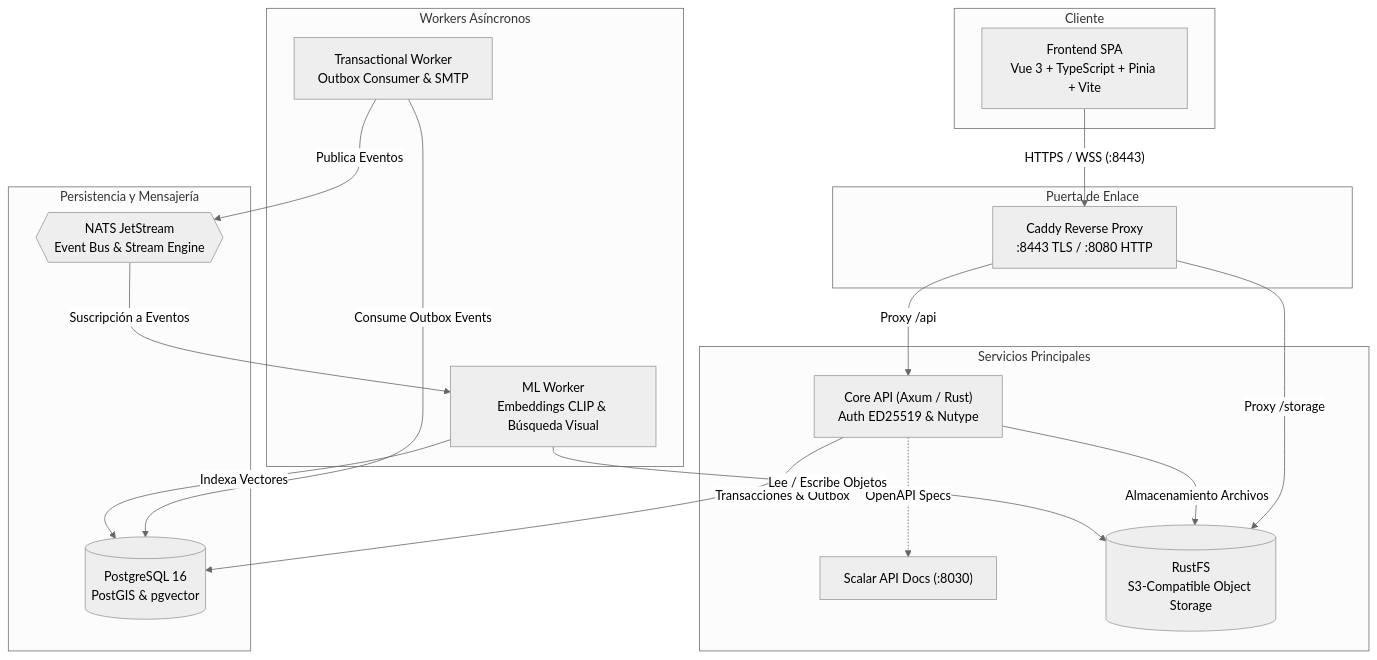
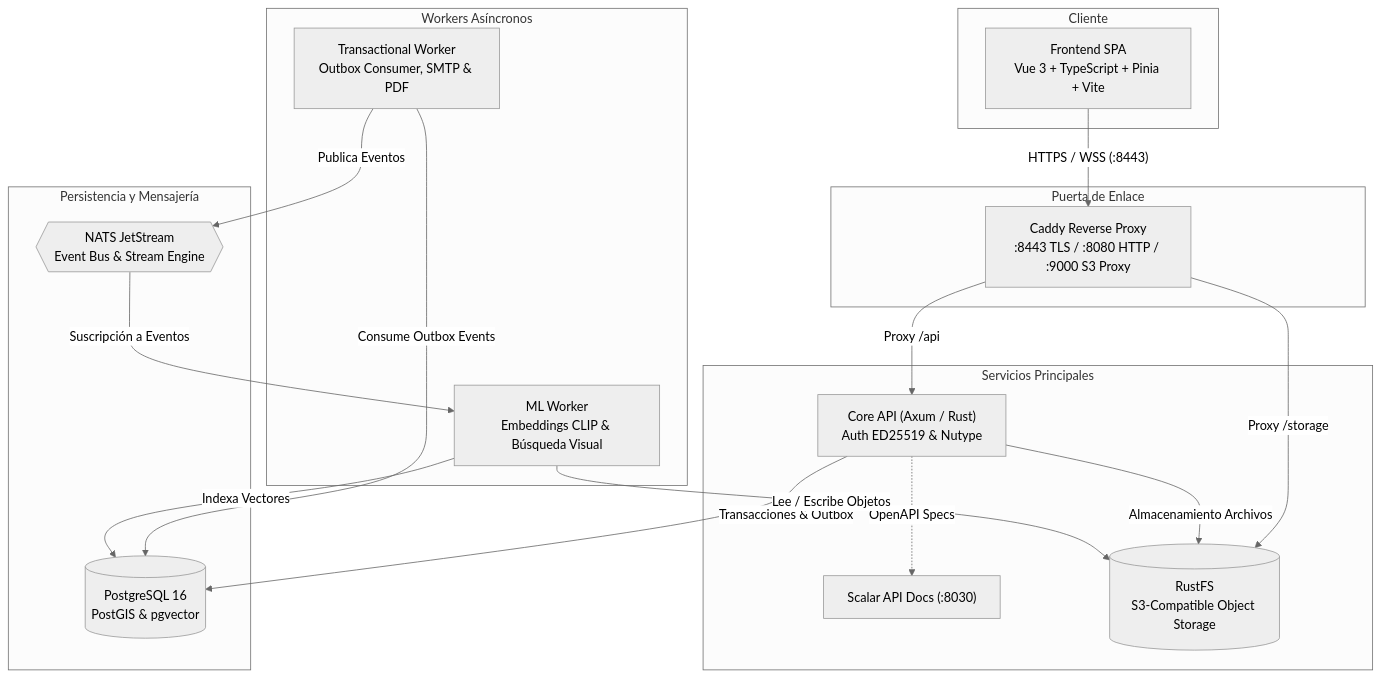
One commit to vect-maker/bytes-volcanicos-hackaton changed the diagram in README.md. Above: the diagram before and after it, drawn with Mermaid (neutral theme). The commit also changed other lines of this file and 1 other file, not shown here.

````diff
--- a/README.md
+++ b/README.md
@@ -20,40 +48,40 @@
 ```mermaid
 flowchart TD
     subgraph Client ["Cliente"]
         Frontend["Frontend SPA<br/>Vue 3 + TypeScript + Pinia + Vite"]
     end
 
     subgraph Gateway ["Puerta de Enlace"]
-        Caddy["Caddy Reverse Proxy<br/>:8443 TLS / :8080 HTTP"]
+        Caddy["Caddy Reverse Proxy<br/>:8443 TLS / :8080 HTTP / :9000 S3 Proxy"]
     end
 
     subgraph CoreServices ["Servicios Principales"]
         API["Core API (Axum / Rust)<br/>Auth ED25519 & Nutype"]
         Scalar["Scalar API Docs (:8030)"]
         RustFS[("RustFS<br/>S3-Compatible Object Storage")]
     end
 
     subgraph DataPlane ["Persistencia y Mensajería"]
         DB[("PostgreSQL 16<br/>PostGIS & pgvector")]
         NATS{{"NATS JetStream<br/>Event Bus & Stream Engine"}}
     end
 
     subgraph Workers ["Workers Asíncronos"]
-        Worker["Transactional Worker<br/>Outbox Consumer & SMTP"]
+        Worker["Transactional Worker<br/>Outbox Consumer, SMTP & PDF"]
         MLWorker["ML Worker<br/>Embeddings CLIP & Búsqueda Visual"]
     end
 
     Frontend -->|"HTTPS / WSS (:8443)"| Caddy
     Caddy -->|"Proxy /api"| API
     Caddy -->|"Proxy /storage"| RustFS
     API -.->|"OpenAPI Specs"| Scalar
 
     API -->|"Transacciones & Outbox"| DB
     API -->|"Almacenamiento Archivos"| RustFS
 
     Worker -->|"Consume Outbox Events"| DB
     Worker -->|"Publica Eventos"| NATS
     NATS -->|"Suscripción a Eventos"| MLWorker
     MLWorker -->|"Indexa Vectores"| DB
     MLWorker -->|"Lee / Escribe Objetos"| RustFS
 ```
````
